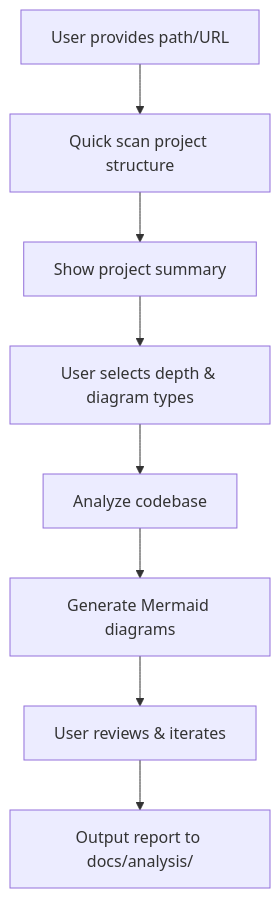
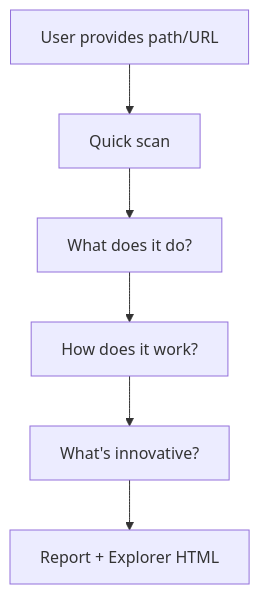
The diagram in README.md (zhangclaus/project-analyzer-skills), drawn with Mermaid before and after one commit. The commit also changed other lines of this file and 6 other files, not shown here.

First line of the commit message:
refactor: reorganize around 3 core questions instead of 4 diagram types

````diff
--- a/README.md
+++ b/README.md
@@ -46,10 +43,8 @@
 ```mermaid
 flowchart TD
-    Input[User provides path/URL] --> Scan[Quick scan project structure]
-    Scan --> Summary[Show project summary]
-    Summary --> Select[User selects depth & diagram types]
-    Select --> Analyze[Analyze codebase]
-    Analyze --> Diagram[Generate Mermaid diagrams]
-    Diagram --> Review[User reviews & iterates]
-    Review --> Output[Output report to docs/analysis/]
+    Input[User provides path/URL] --> Scan[Quick scan]
+    Scan --> Q1[What does it do?]
+    Q1 --> Q2[How does it work?]
+    Q2 --> Q3[What's innovative?]
+    Q3 --> Output[Report + Explorer HTML]
 ```
````
